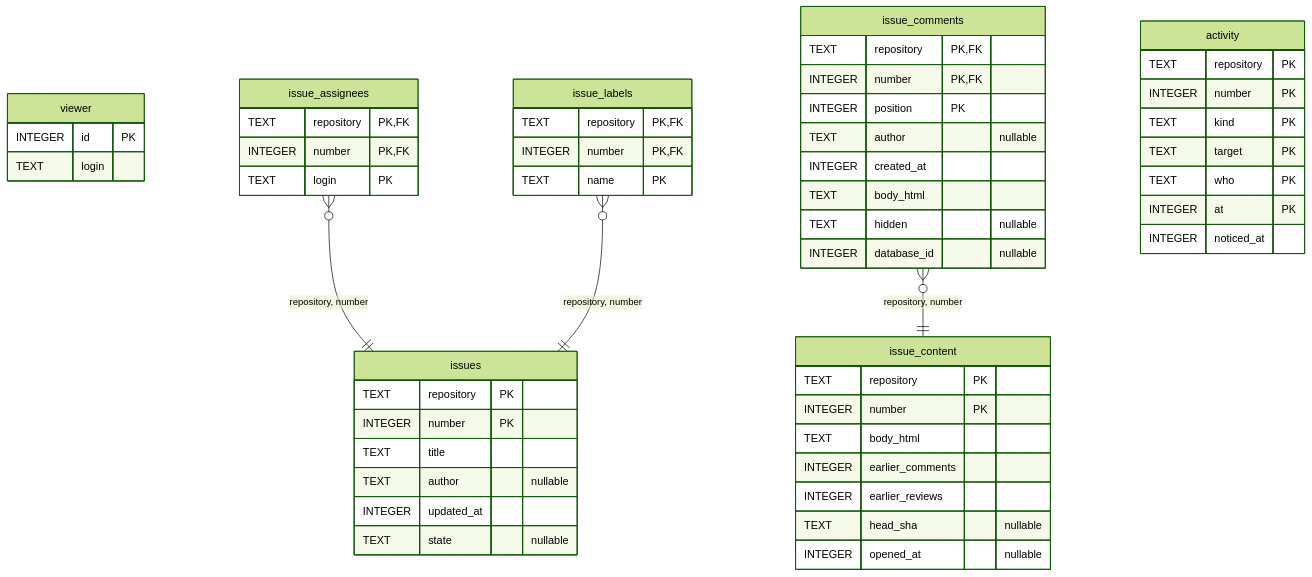
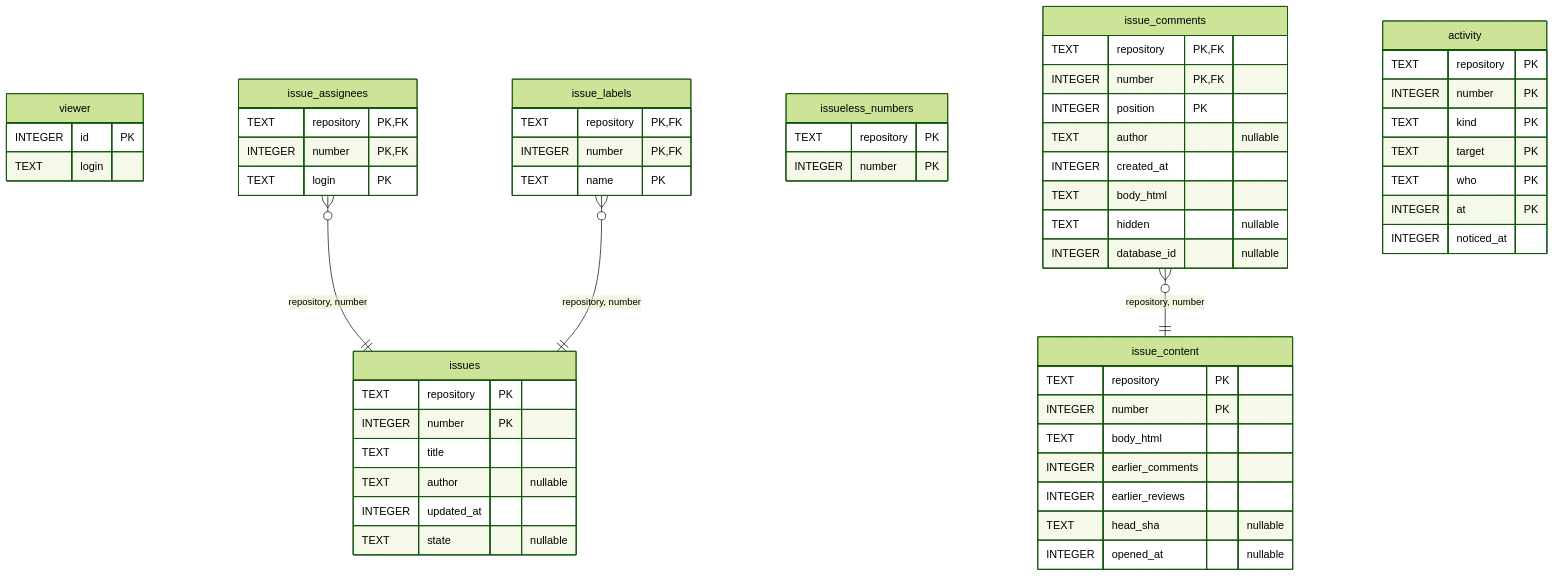
One commit to tsugiki/tsugiki changed the second of 4 diagrams in docs/schema.md. Above: the diagram before and after it, drawn with Mermaid (forest theme). The commit also changed 13 other files, not shown here.

````diff
--- a/docs/schema.md
+++ b/docs/schema.md
@@ -187,56 +187,60 @@
 ```mermaid
 erDiagram
     viewer {
         INTEGER id PK
         TEXT login
     }
     issues {
         TEXT repository PK
         INTEGER number PK
         TEXT title
         TEXT author "nullable"
         INTEGER updated_at
         TEXT state "nullable"
     }
     issue_assignees {
         TEXT repository PK, FK
         INTEGER number PK, FK
         TEXT login PK
     }
     issue_labels {
         TEXT repository PK, FK
         INTEGER number PK, FK
         TEXT name PK
+    }
+    issueless_numbers {
+        TEXT repository PK
+        INTEGER number PK
     }
     issue_content {
         TEXT repository PK
         INTEGER number PK
         TEXT body_html
         INTEGER earlier_comments
         INTEGER earlier_reviews
         TEXT head_sha "nullable"
         INTEGER opened_at "nullable"
     }
     issue_comments {
         TEXT repository PK, FK
         INTEGER number PK, FK
         INTEGER position PK
         TEXT author "nullable"
         INTEGER created_at
         TEXT body_html
         TEXT hidden "nullable"
         INTEGER database_id "nullable"
     }
     activity {
         TEXT repository PK
         INTEGER number PK
         TEXT kind PK
         TEXT target PK
         TEXT who PK
         INTEGER at PK
         INTEGER noticed_at
     }
     issue_assignees }o--|| issues : "repository, number"
     issue_labels }o--|| issues : "repository, number"
     issue_comments }o--|| issue_content : "repository, number"
 ```
````
